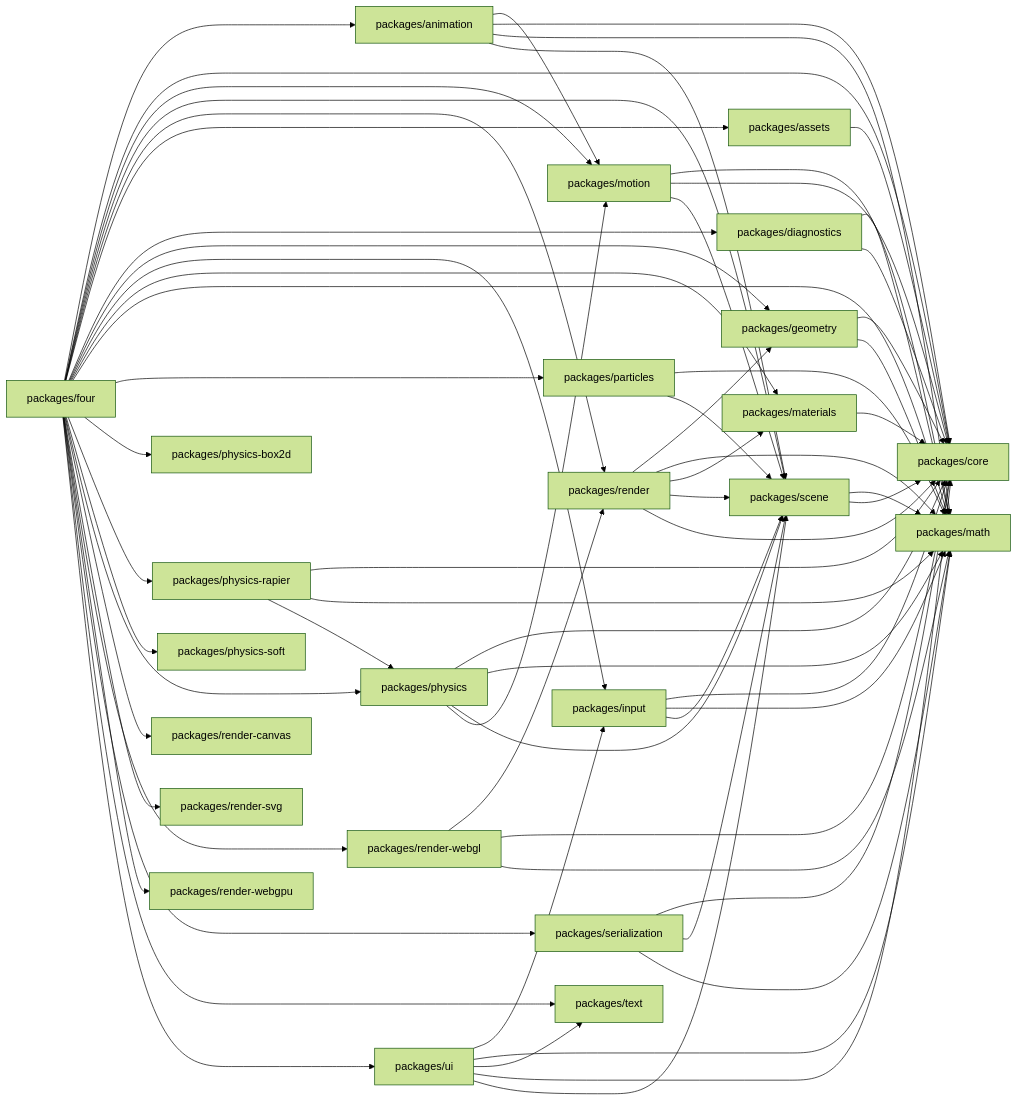
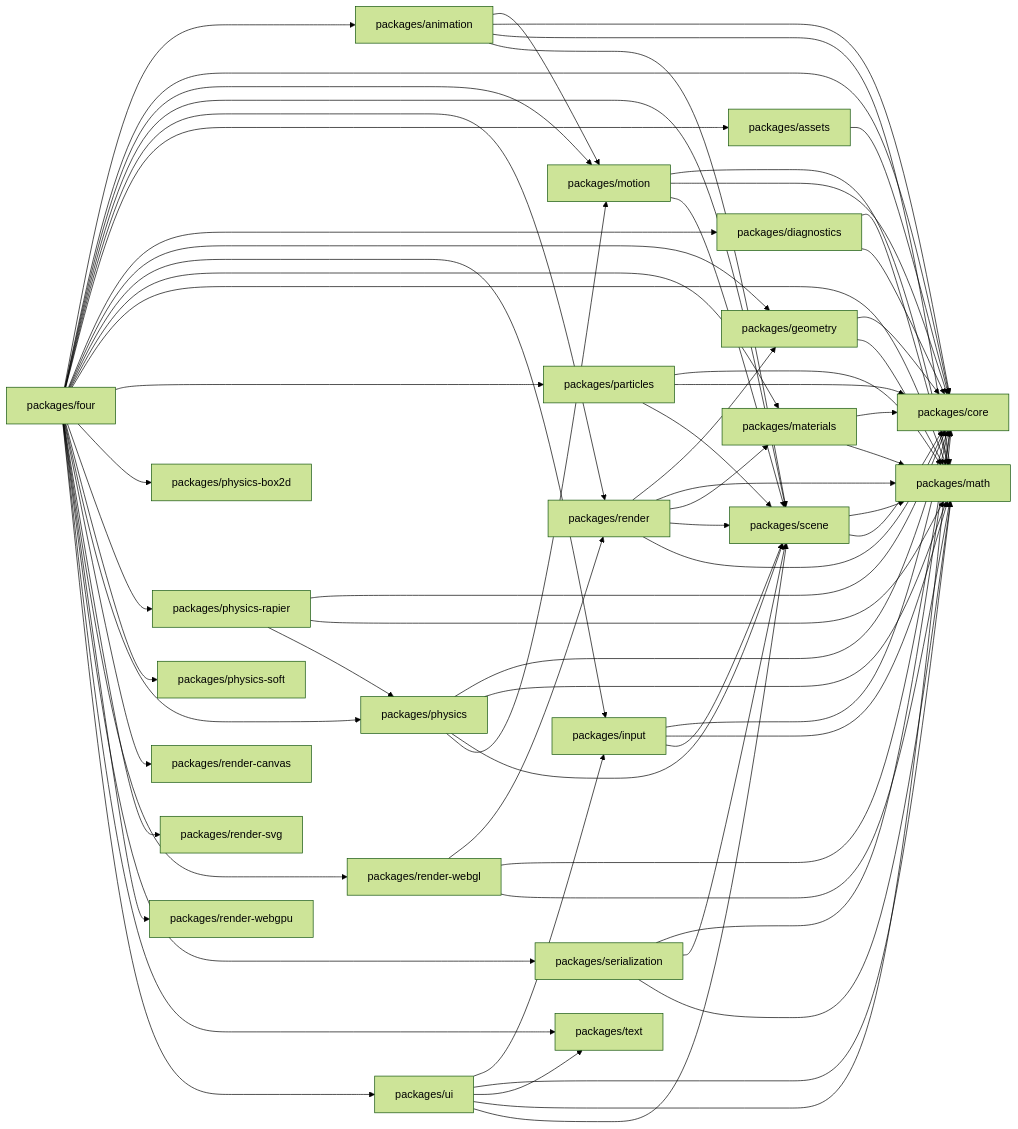
Before and after one commit to danielsimonjr/four.js: the first of 2 diagrams in docs/Architecture/DEPENDENCY_GRAPH.md, drawn with Mermaid (forest theme). The commit also changed other lines of this file and 38 other files, not shown here.

First line of the commit message:
refactor: resolve every dependency-graph finding — 0 duplicates, 0 cycles, 0 unused exports

```diff
--- a/docs/Architecture/DEPENDENCY_GRAPH.md
+++ b/docs/Architecture/DEPENDENCY_GRAPH.md
@@ -167,10 +167,12 @@
     P6 --> P8
     P6 --> P20
     P7 --> P2
+    P7 --> P8
     P9 --> P8
     P9 --> P2
     P9 --> P20
     P10 --> P8
+    P10 --> P2
     P10 --> P20
     P11 --> P2
     P11 --> P8
```
